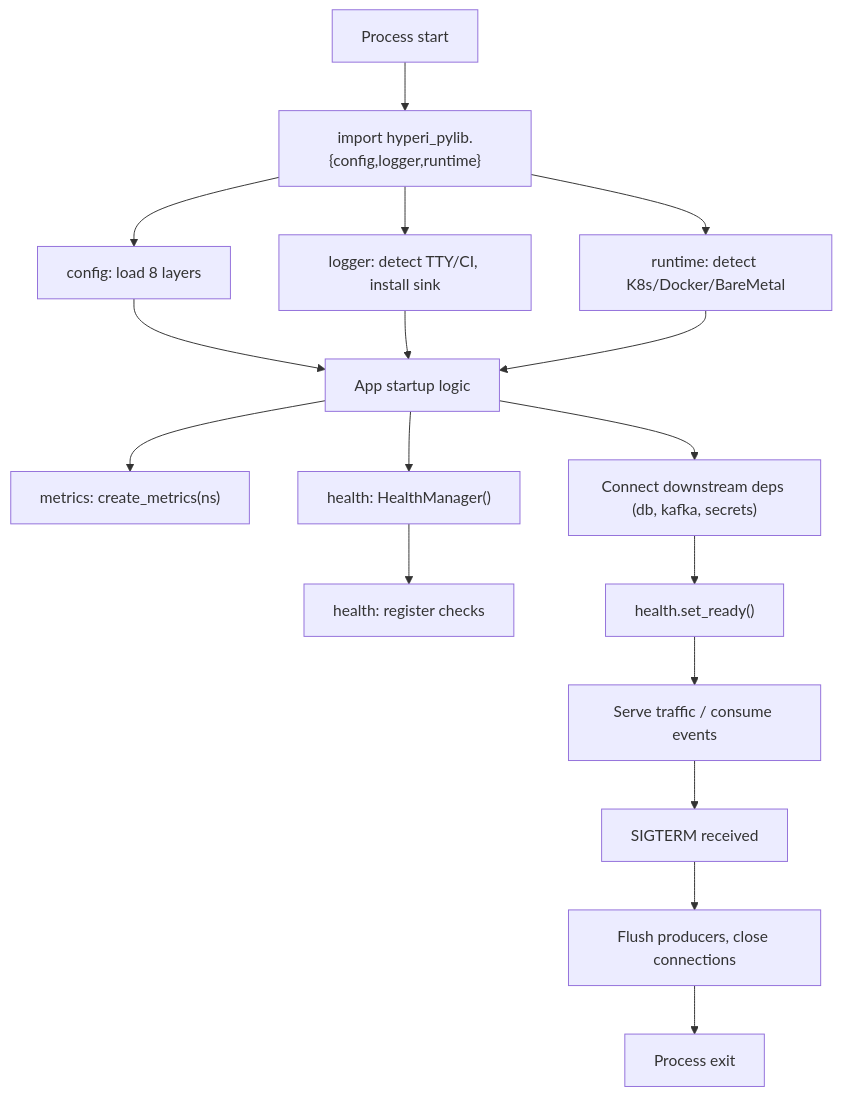
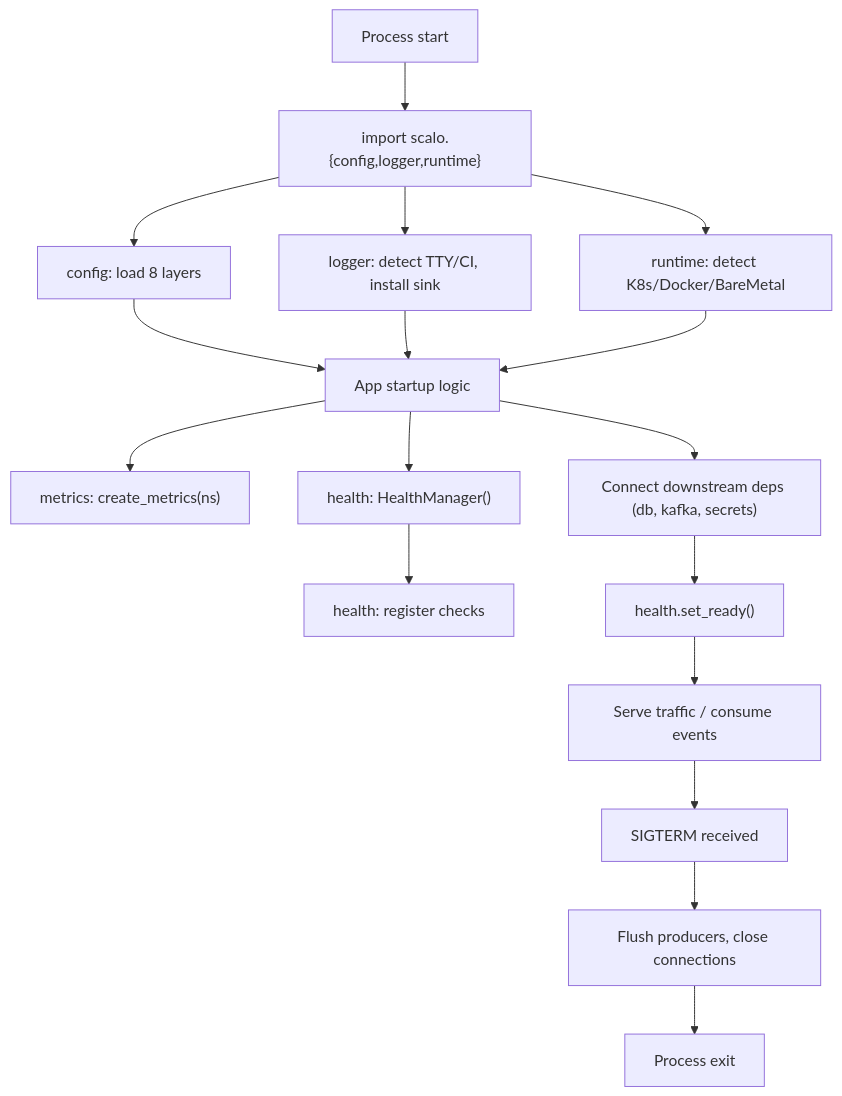
The diagram in docs/AUTO-WIRING.md (hyperi-io/scalo-py), drawn with Mermaid before and after one commit. The commit also changed other lines of this file and 488 other files, not shown here.

First line of the commit message:
fix: rename hyperi-pylib package to scalo

````diff
--- a/docs/AUTO-WIRING.md
+++ b/docs/AUTO-WIRING.md
@@ -62,35 +62,35 @@
 ```mermaid
 flowchart TB
     Start["Process start"]
-    Import["import hyperi_pylib.{config,logger,runtime}"]
+    Import["import scalo.{config,logger,runtime}"]
     Cascade["config: load 8 layers"]
     LogFmt["logger: detect TTY/CI, install sink"]
     RtDetect["runtime: detect K8s/Docker/BareMetal"]
     AppInit["App startup logic"]
     Metrics["metrics: create_metrics(ns)"]
     Health["health: HealthManager()"]
     DepCheck["health: register checks"]
     Connect["Connect downstream deps (db, kafka, secrets)"]
     Ready["health.set_ready()"]
     Serve["Serve traffic / consume events"]
     Sigterm["SIGTERM received"]
     Flush["Flush producers, close connections"]
     Stop["Process exit"]
 
     Start --> Import
     Import --> Cascade
     Import --> LogFmt
     Import --> RtDetect
     Cascade --> AppInit
     LogFmt --> AppInit
     RtDetect --> AppInit
     AppInit --> Metrics
     AppInit --> Health
     Health --> DepCheck
     AppInit --> Connect
     Connect --> Ready
     Ready --> Serve
     Serve --> Sigterm
     Sigterm --> Flush
     Flush --> Stop
 ```
````
